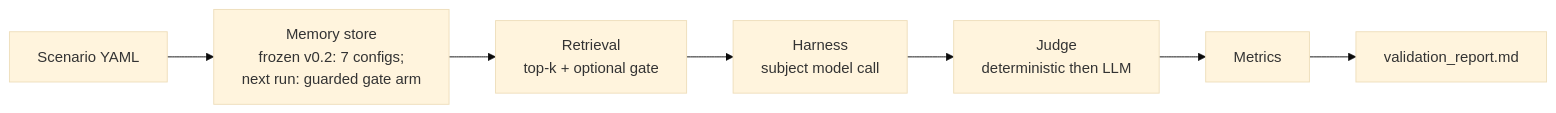
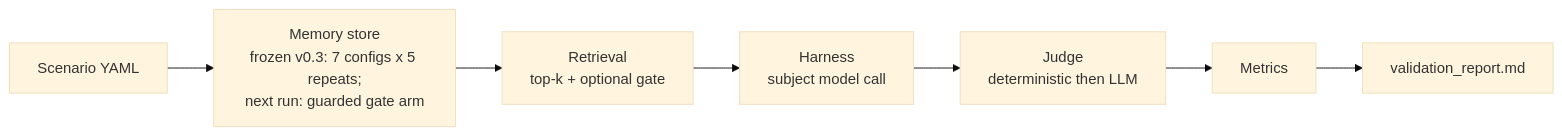
The diagram in README.md (arananet/contam-bench), drawn with Mermaid (base theme) before and after one commit. The commit also changed other lines of this file and 13 other files, not shown here.

````diff
--- a/README.md
+++ b/README.md
@@ -81,9 +83,9 @@
 ```mermaid
 graph LR
-    A[Scenario YAML] --> B[Memory store<br/>frozen v0.2: 7 configs;<br/>next run: guarded gate arm]
+    A[Scenario YAML] --> B[Memory store<br/>frozen v0.3: 7 configs x 5 repeats;<br/>next run: guarded gate arm]
     B --> C[Retrieval<br/>top-k + optional gate]
     C --> D[Harness<br/>subject model call]
     D --> E[Judge<br/>deterministic then LLM]
     E --> F[Metrics]
     F --> G[validation_report.md]
 ```
````
